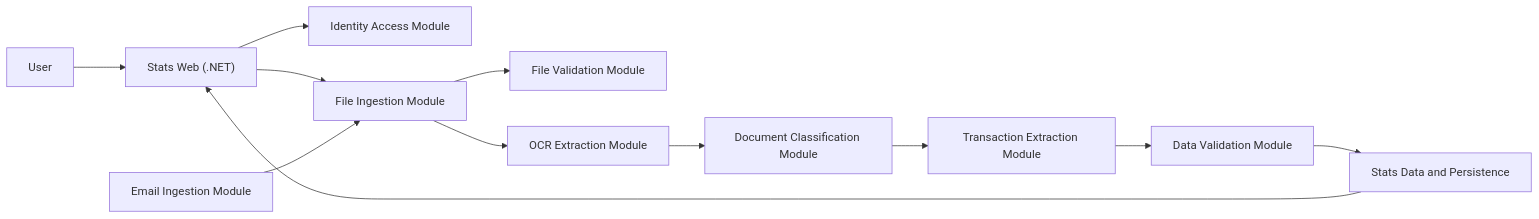
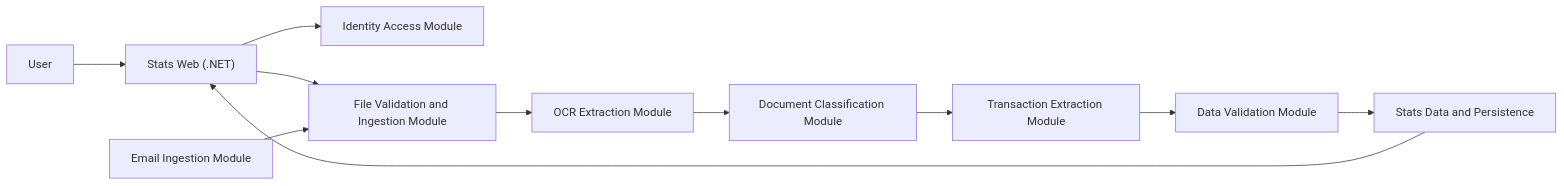
Before and after one commit to DodIlagan-cloud/000_Capstone: the diagram in docs/building-block-module-plan.md, drawn with Mermaid. The commit also changed other lines of this file and 62 other files, not shown here.

Commit message:
Merge file validation and ingestion modules

````diff
--- a/docs/building-block-module-plan.md
+++ b/docs/building-block-module-plan.md
@@ -99,14 +96,13 @@
 ```mermaid
 flowchart LR
     User["User"] --> Web["Stats Web (.NET)"]
     Web --> Identity["Identity Access Module"]
-    Web --> Ingestion["File Ingestion Module"]
-    Ingestion --> FileValidation["File Validation Module"]
-    Ingestion --> OCR["OCR Extraction Module"]
+    Web --> FileIntake["File Validation and Ingestion Module"]
+    FileIntake --> OCR["OCR Extraction Module"]
     OCR --> Classification["Document Classification Module"]
     Classification --> Extraction["Transaction Extraction Module"]
     Extraction --> Validation["Data Validation Module"]
     Validation --> Storage["Stats Data and Persistence"]
     Storage --> Web
-    Email["Email Ingestion Module"] --> Ingestion
+    Email["Email Ingestion Module"] --> FileIntake
 ```
````
